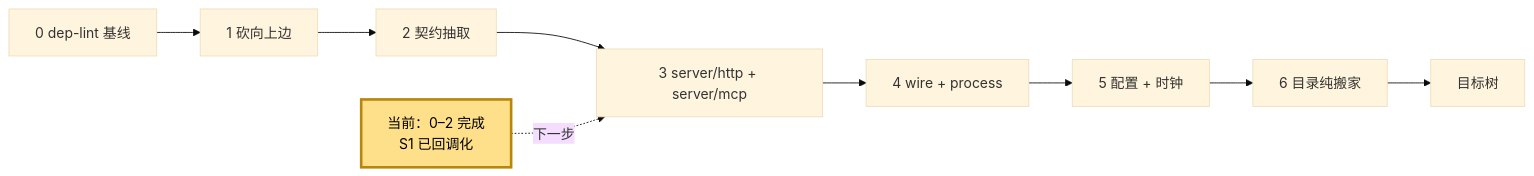
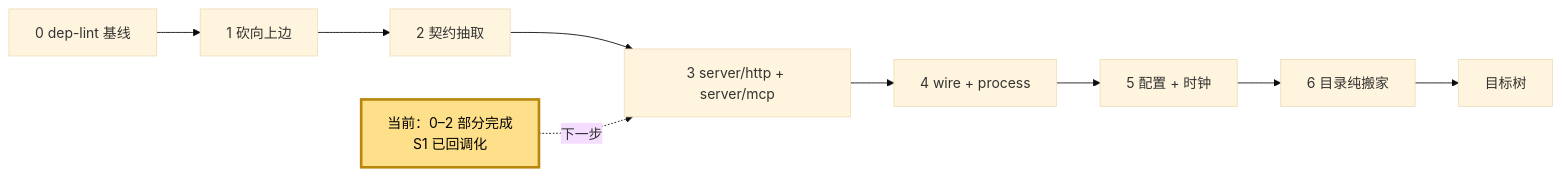
Before and after one commit to webxxxxx/plugin-manager: the fifth of 5 diagrams in docs/architecture.md, drawn with Mermaid (base theme). The commit also changed 6 other files, not shown here.

````diff
--- a/docs/architecture.md
+++ b/docs/architecture.md
@@ -376,15 +376,15 @@
 ```mermaid
 flowchart LR
     S0["0 dep-lint 基线"] --> S1["1 砍向上边"]
     S1 --> S2["2 契约抽取"]
     S2 --> S3["3 server/http + server/mcp"]
     S3 --> S4["4 wire + process"]
     S4 --> S5["5 配置 + 时钟"]
     S5 --> S6["6 目录纯搬家"]
     S6 --> DONE["目标树"]
 
-    NOW["当前：0–2 完成<br/>S1 已回调化"]:::current
+    NOW["当前：0–2 部分完成<br/>S1 已回调化"]:::current
     NOW -.->|下一步| S3
 
     classDef current fill:#ffe08a,stroke:#b8860b,stroke-width:3px,color:#000
 ```
````
